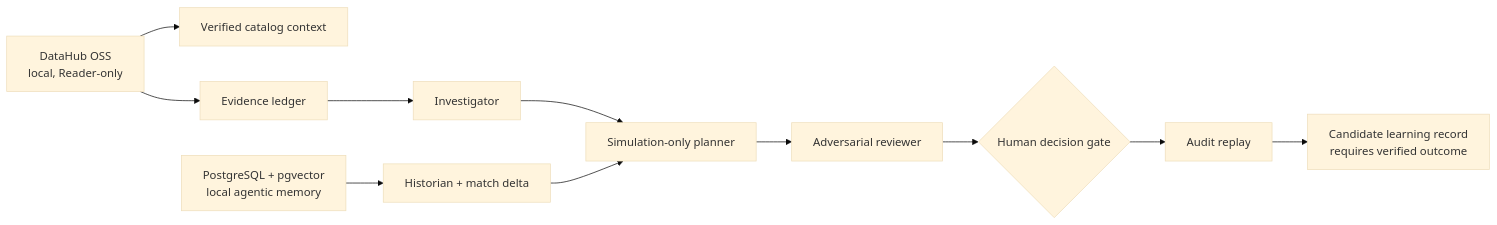
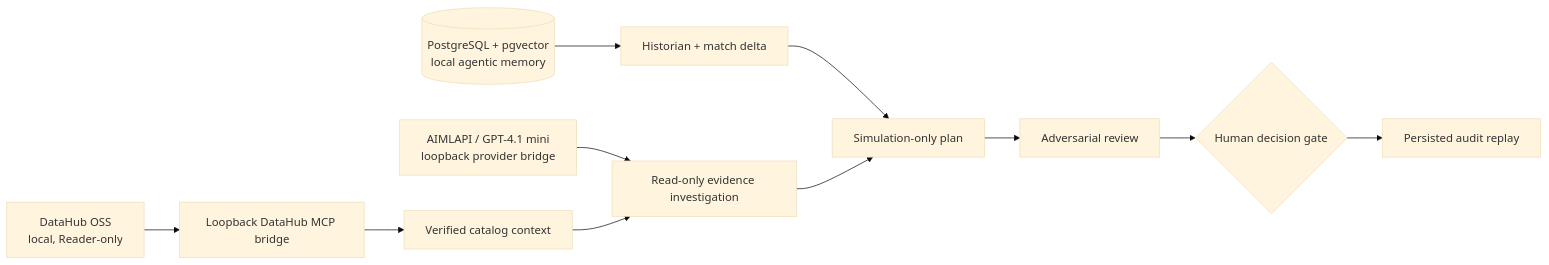
The diagram in README.md (resilientbeast/EvidenceOps), drawn with Mermaid (base theme) before and after one commit. The commit also changed other lines of this file and 24 other files, not shown here.

````diff
--- a/README.md
+++ b/README.md
@@ -120,13 +30,13 @@
 ```mermaid
 flowchart LR
-  DH["DataHub OSS\nlocal, Reader-only"] --> CTX["Verified catalog context"]
-  DH --> E["Evidence ledger"]
-  E --> I["Investigator"]
-  M["PostgreSQL + pgvector\nlocal agentic memory"] --> H["Historian + match delta"]
-  I --> P["Simulation-only planner"]
-  H --> P
-  P --> R["Adversarial reviewer"]
-  R --> G{"Human decision gate"}
-  G --> A["Audit replay"]
-  A --> L["Candidate learning record\nrequires verified outcome"]
+  DH["DataHub OSS\nlocal, Reader-only"] --> MCP["Loopback DataHub MCP bridge"]
+  MCP --> CTX["Verified catalog context"]
+  PG[("PostgreSQL + pgvector\nlocal agentic memory")] --> HIST["Historian + match delta"]
+  AI["AIMLAPI / GPT-4.1 mini\nloopback provider bridge"] --> INV["Read-only evidence investigation"]
+  CTX --> INV
+  HIST --> PLAN["Simulation-only plan"]
+  INV --> PLAN
+  PLAN --> REVIEW["Adversarial review"]
+  REVIEW --> GATE{"Human decision gate"}
+  GATE --> AUDIT["Persisted audit replay"]
 ```
````
